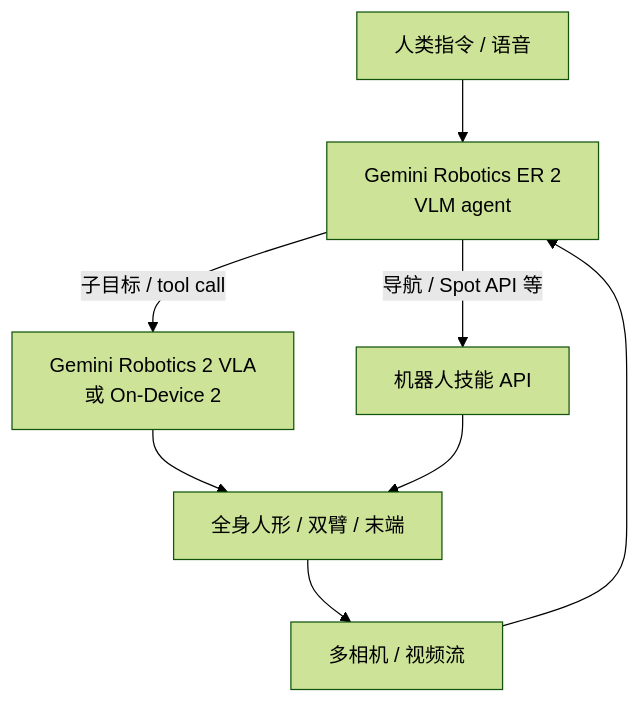
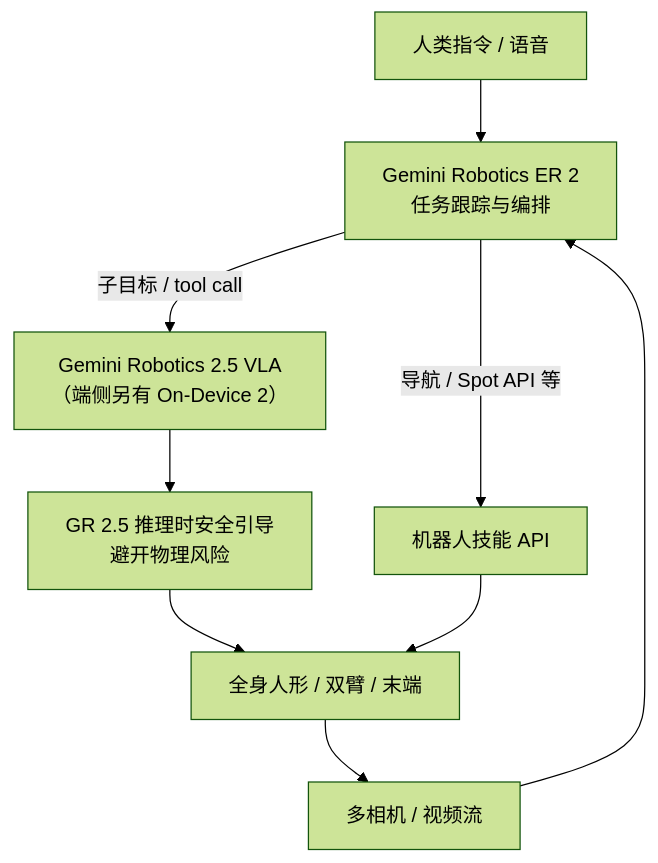
Before and after one commit to ImChong/Robotics_Notebooks: the first of 4 diagrams in wiki/entities/gemini-robotics.md, drawn with Mermaid (forest theme). The commit also changed other lines of this file, not shown here.

Commit message:
[2026-11-11] ingest | wiki/entities/gemini-robotics.md — 接入 2.5 功能流程、工业评测与安全边界

````diff
--- a/wiki/entities/gemini-robotics.md
+++ b/wiki/entities/gemini-robotics.md
@@ -70,10 +75,11 @@
 ```mermaid
 flowchart TB
-  H["人类指令 / 语音"] --> ER["Gemini Robotics ER 2<br/>VLM agent"]
+  H["人类指令 / 语音"] --> ER["Gemini Robotics ER 2<br/>任务跟踪与编排"]
   CAM["多相机 / 视频流"] --> ER
-  ER -->|"子目标 / tool call"| VLA["Gemini Robotics 2 VLA<br/>或 On-Device 2"]
+  ER -->|"子目标 / tool call"| VLA["Gemini Robotics 2.5 VLA<br/>（端侧另有 On-Device 2）"]
   ER -->|"导航 / Spot API 等"| API["机器人技能 API"]
-  VLA --> BODY["全身人形 / 双臂 / 末端"]
+  VLA --> SAFETY["GR 2.5 推理时安全引导<br/>避开物理风险"]
+  SAFETY --> BODY["全身人形 / 双臂 / 末端"]
   API --> BODY
   BODY --> CAM
 ```
````
